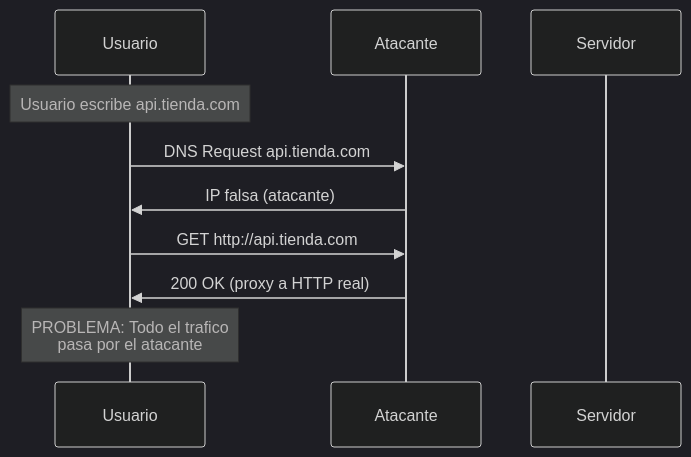
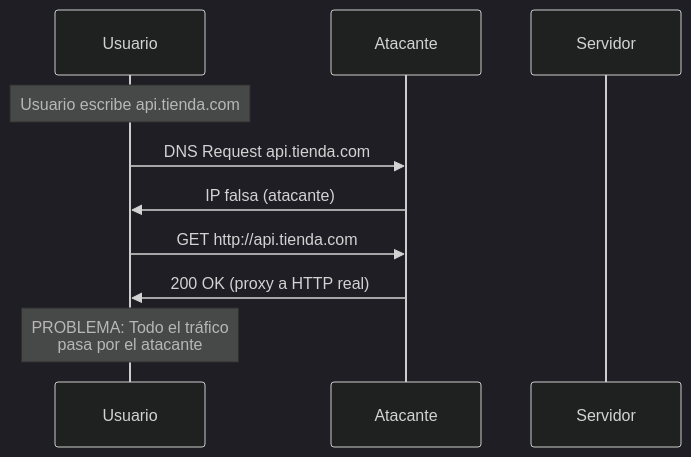
Before and after one commit to joseluisgs/TiendaDawApi-NetCore: the seventh of 16 diagrams in doc/27-seguridad-http.md, drawn with Mermaid (dark theme). The commit also changed other lines of this file, not shown here.

````diff
--- a/doc/27-seguridad-http.md
+++ b/doc/27-seguridad-http.md
@@ -285,15 +285,15 @@
 ```mermaid
 sequenceDiagram
     participant Usuario
     participant Atacante
     participant Servidor
     
     Note over Usuario: Usuario escribe api.tienda.com
     
     Usuario->>Atacante: DNS Request api.tienda.com
     Atacante->>Usuario: IP falsa (atacante)
     Usuario->>Atacante: GET http://api.tienda.com
     Atacante->>Usuario: 200 OK (proxy a HTTP real)
     
-    Note over Usuario: PROBLEMA: Todo el trafico<br/>pasa por el atacante
+    Note over Usuario: PROBLEMA: Todo el tráfico<br/>pasa por el atacante
 ```
````
